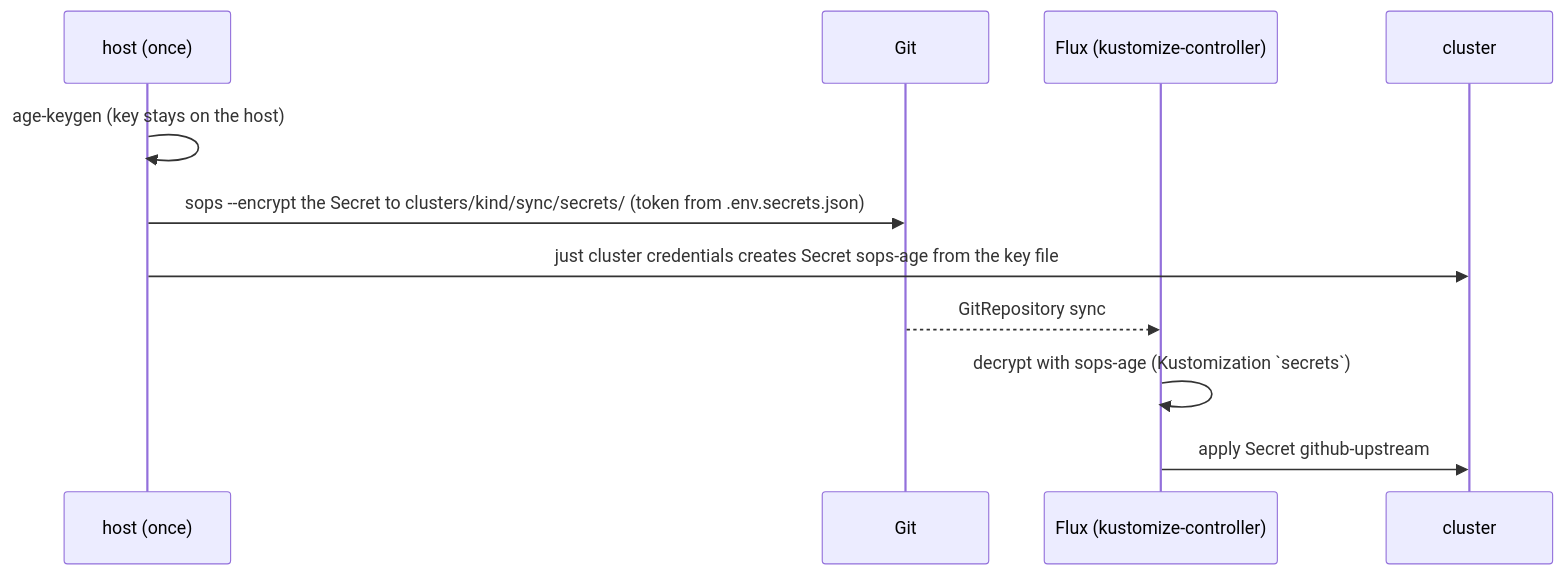
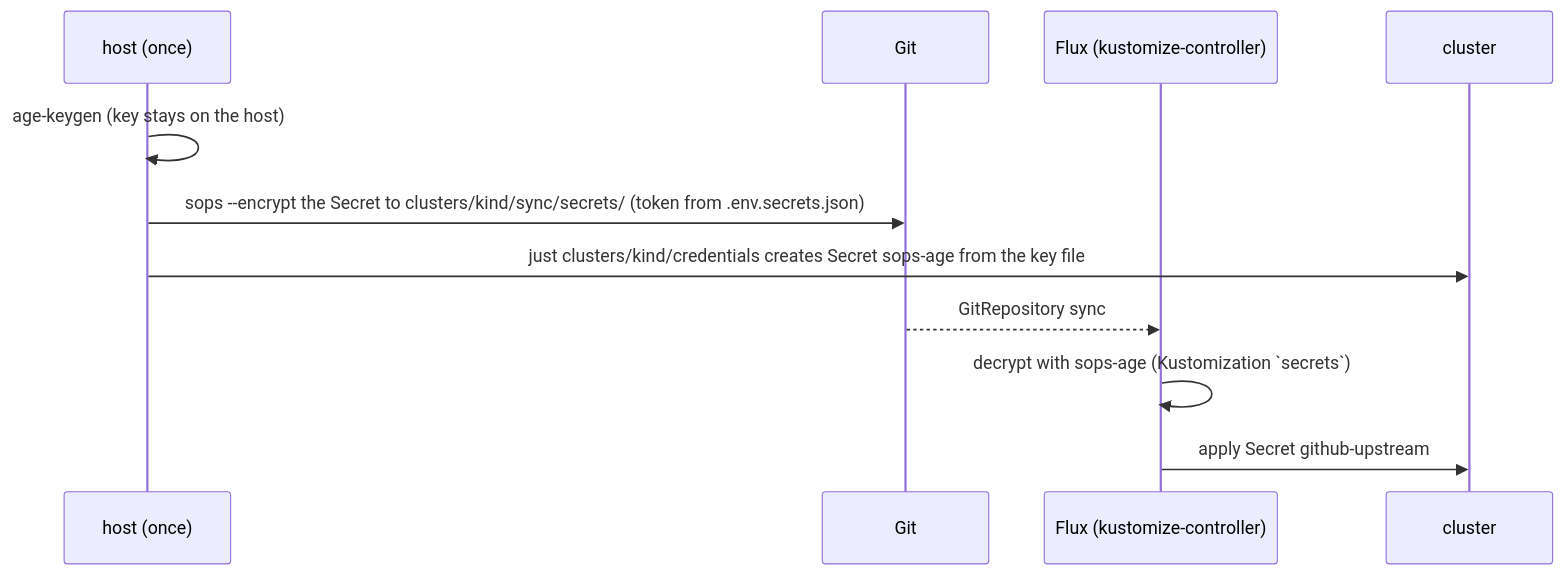
Before and after one commit to raghav19/engineersdaybook: the fourth of 4 diagrams in code/mcp-sandbox/part-3-mcp-guardrails/README.md, drawn with Mermaid. The commit also changed other lines of this file and 19 other files, not shown here.

````diff
--- a/code/mcp-sandbox/part-3-mcp-guardrails/README.md
+++ b/code/mcp-sandbox/part-3-mcp-guardrails/README.md
@@ -121,14 +121,14 @@
 ```mermaid
 sequenceDiagram
     participant H as host (once)
     participant G as Git
     participant F as Flux (kustomize-controller)
     participant K as cluster
 
     H->>H: age-keygen (key stays on the host)
     H->>G: sops --encrypt the Secret to clusters/kind/sync/secrets/ (token from .env.secrets.json)
-    H->>K: just cluster credentials creates Secret sops-age from the key file
+    H->>K: just clusters/kind/credentials creates Secret sops-age from the key file
     G-->>F: GitRepository sync
     F->>F: decrypt with sops-age (Kustomization `secrets`)
     F->>K: apply Secret github-upstream
 ```
````
